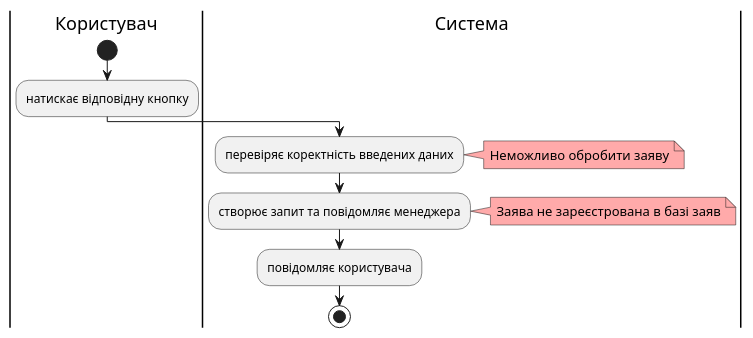
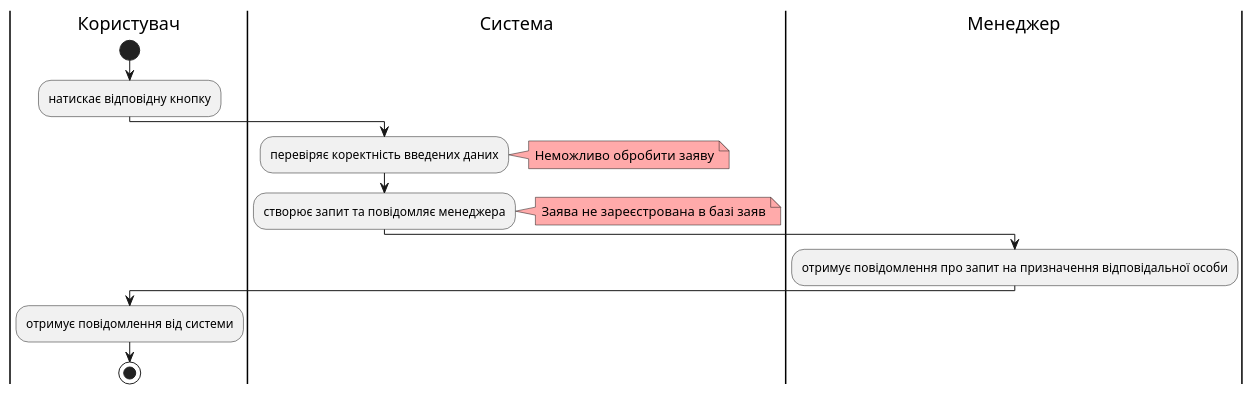
One commit to yarikkot04/Sup changed diagram 15 of 23 in docs/use cases/README.md. Above: the diagram before and after it, drawn with PlantUML. The commit also changed other lines of this file and 1 other file, not shown here.

```diff
--- a/docs/use cases/README.md
+++ b/docs/use cases/README.md
@@ -682,18 +684,21 @@
 @startuml
             
     |Користувач|
      start
       :натискає відповідну кнопку;
     |Система|
       :перевіряє коректність введених даних;
       note right #ffaaaa 
        Неможливо обробити заяву
       end note
       :створює запит та повідомляє менеджера;
        note right #ffaaaa 
        Заява не зареєстрована в базі заяв
        end note
-      :повідомляє користувача;
+    |Менеджер|
+      :отримує повідомлення про запит на призначення відповідальної особи;
+    |Користувач|
+      :отримує повідомлення від системи;
     stop;
             
 @enduml
```
